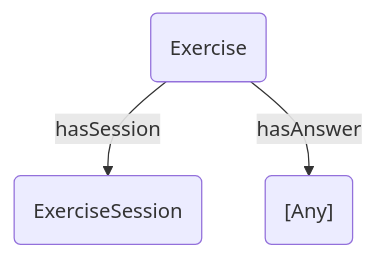
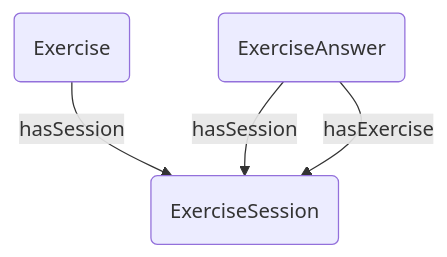
Before and after one commit to Explik/diybirdyapp: diagram 12 of 17 in docs/graph-representation.md, drawn with Mermaid. The commit also changed other lines of this file, not shown here.

Commit message:
Updating graph representation documentation before a larger refactor

````diff
--- a/docs/graph-representation.md
+++ b/docs/graph-representation.md
@@ -148,9 +185,10 @@
 ```mermaid
 graph TB
 ExerciseSession(ExerciseSession) 
 Exercise(Exercise)
-ExerciseAnswer("[Any]")
+ExerciseAnswer(ExerciseAnswer)
 
 Exercise--hasSession-->ExerciseSession
-Exercise--hasAnswer-->ExerciseAnswer
+ExerciseAnswer--hasSession-->ExerciseSession
+ExerciseAnswer--hasExercise-->ExerciseSession
 ```
````
